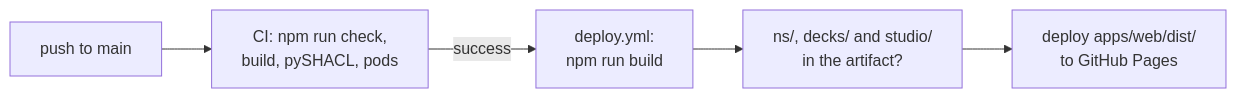
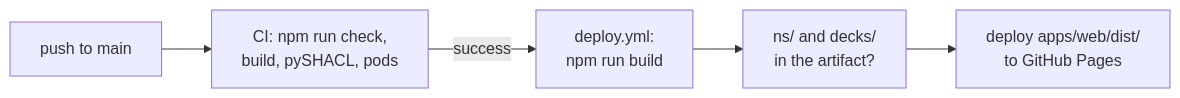
Before and after one commit to solid-memo/website: the diagram in docs/deployment.md, drawn with Mermaid. The commit also changed other lines of this file and 79 other files, not shown here.

````diff
--- a/docs/deployment.md
+++ b/docs/deployment.md
@@ -13,4 +13,4 @@
 ```mermaid
 flowchart LR
-    push["push to main"] --> ci["CI: npm run check,<br/>build, pySHACL, pods"] -->|success| build["deploy.yml:<br/>npm run build"] --> guard["ns/, decks/ and studio/<br/>in the artifact?"] --> pages["deploy apps/web/dist/<br/>to GitHub Pages"]
+    push["push to main"] --> ci["CI: npm run check,<br/>build, pySHACL, pods"] -->|success| build["deploy.yml:<br/>npm run build"] --> guard["ns/ and decks/<br/>in the artifact?"] --> pages["deploy apps/web/dist/<br/>to GitHub Pages"]
 ```
````
